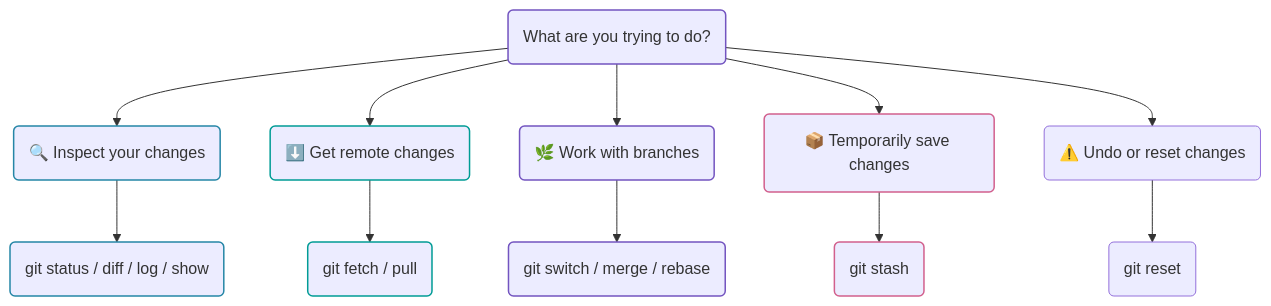
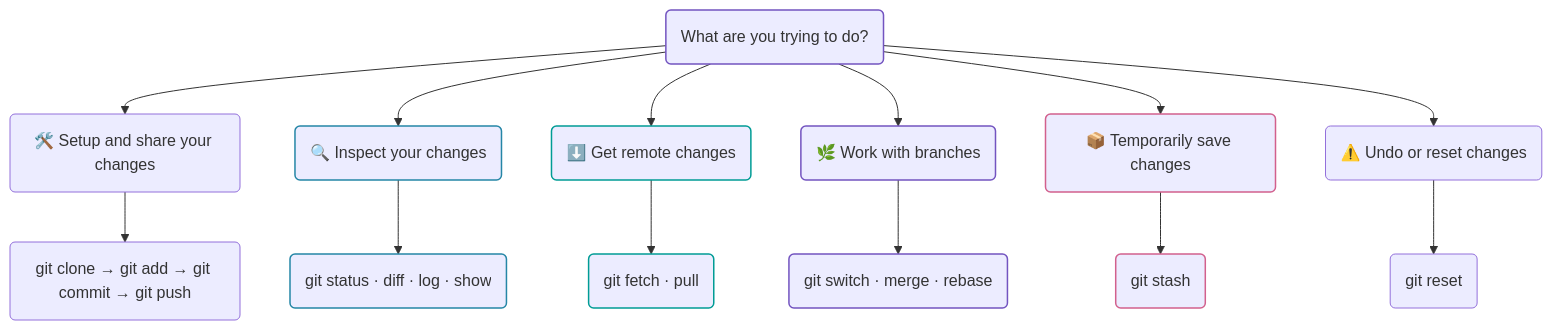
One commit to ACCESS-NRI/ACCESS-Hive-Docs changed the diagram in docs/getting_started/essential_git.md. Above: the diagram before and after it, drawn with Mermaid. The commit also changed other lines of this file and 1 other file, not shown here.

````diff
--- a/docs/getting_started/essential_git.md
+++ b/docs/getting_started/essential_git.md
@@ -19,28 +21,30 @@
 ```mermaid
 flowchart TD
     A("What are you trying to do?")
 
-    A --> B("🔍 Inspect your changes")
-    A --> C("⬇️ Get remote changes")
-    A --> D("🌿 Work with branches")
-    A --> E("📦 Temporarily save changes")
-    A --> F("⚠️ Undo or reset changes")
+    A --> B("🛠️ Setup and share your changes")
+    A --> C("🔍 Inspect your changes")
+    A --> D("⬇️ Get remote changes")
+    A --> E("🌿 Work with branches")
+    A --> F("📦 Temporarily save changes")
+    A --> G("⚠️ Undo or reset changes")
 
-    B --> B1("git status / diff / log / show")
-    C --> C1("git fetch / pull")
-    D --> D1("git switch / merge / rebase")
-    E --> E1("git stash")
-    F --> F1("git reset")
+    B --> B1("git clone → git add → git commit → git push")
+    C --> C1("git status · diff · log · show")
+    D --> D1("git fetch · pull")
+    E --> E1("git switch · merge · rebase")
+    F --> F1("git stash")
+    G --> G1("git reset")
 
     classDef primary stroke:#7354C0,stroke-width:1.5px
     classDef inspect stroke:#2586A6,stroke-width:1.5px
     classDef update stroke:#009C95,stroke-width:1.5px
     classDef branch stroke:#7354C0,stroke-width:1.5px
     classDef stash stroke:#D2608D,stroke-width:1.5px
 
     class A primary
-    class B,B1 inspect
-    class C,C1 update
-    class D,D1 branch
-    class E,E1 stash
+    class C,C1 inspect
+    class D,D1 update
+    class E,E1 branch
+    class F,F1 stash
 ```
````
